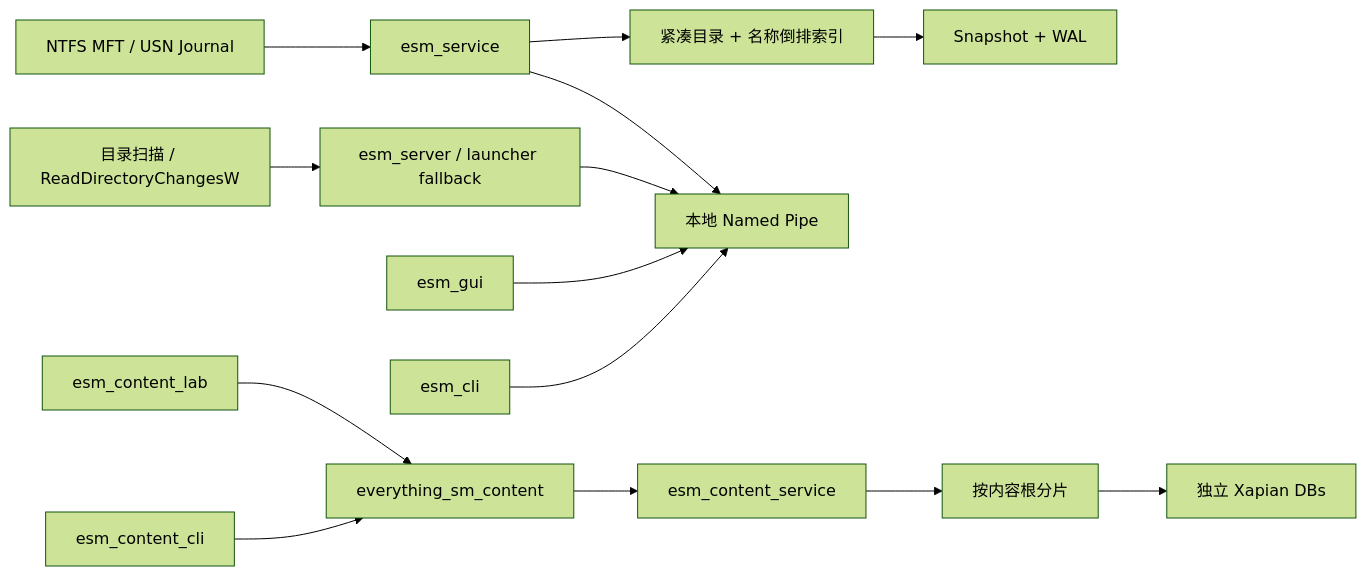
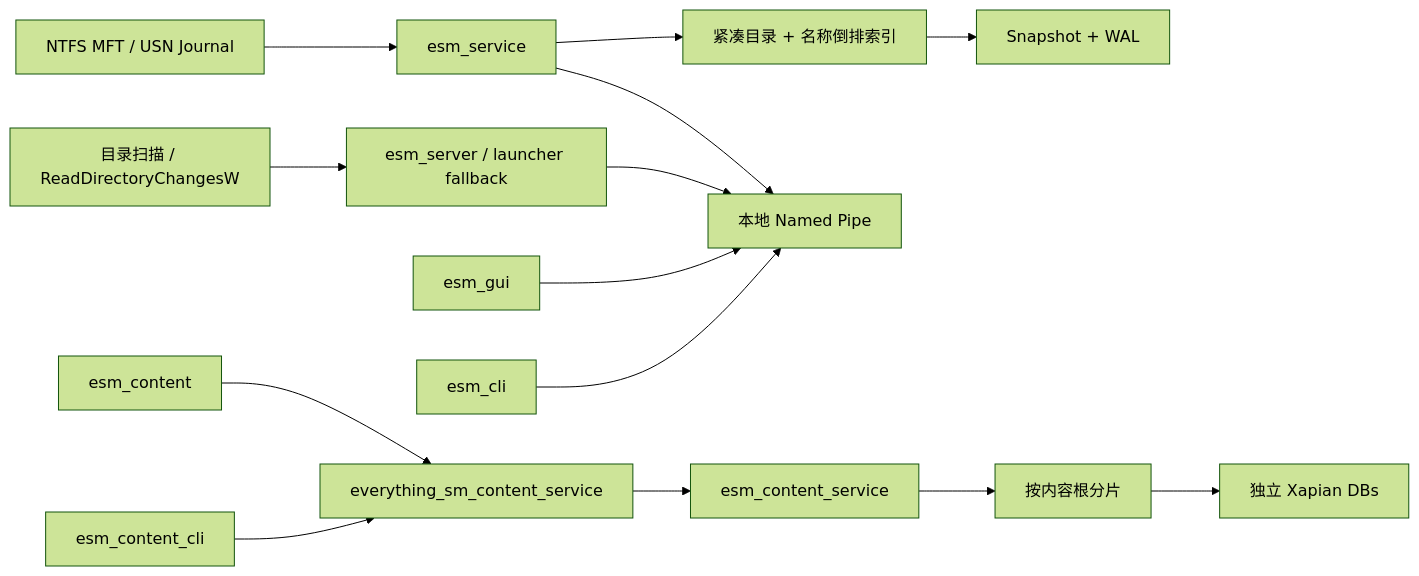
The diagram in README.md (sunfengsheng/esm), drawn with Mermaid (forest theme) before and after one commit. The commit also changed other lines of this file and 16 other files, not shown here.

````diff
--- a/README.md
+++ b/README.md
@@ -88,16 +98,16 @@
 ```mermaid
 flowchart LR
     NTFS["NTFS MFT / USN Journal"] --> Service["esm_service"]
     Fallback["目录扫描 / ReadDirectoryChangesW"] --> Server["esm_server / launcher fallback"]
     Service --> Catalog["紧凑目录 + 名称倒排索引"]
     Catalog --> Persist["Snapshot + WAL"]
     Service --> Pipe["本地 Named Pipe"]
     Server --> Pipe
     GUI["esm_gui"] --> Pipe
     CLI["esm_cli"] --> Pipe
-    ContentLab["esm_content_lab"] --> ContentPipe["everything_sm_content"]
+    ContentGui["esm_content"] --> ContentPipe["everything_sm_content_service"]
     ContentCLI["esm_content_cli"] --> ContentPipe
     ContentPipe --> ContentService["esm_content_service"]
     ContentService --> Shards["按内容根分片"]
     Shards --> Xapian["独立 Xapian DBs"]
 ```
````
